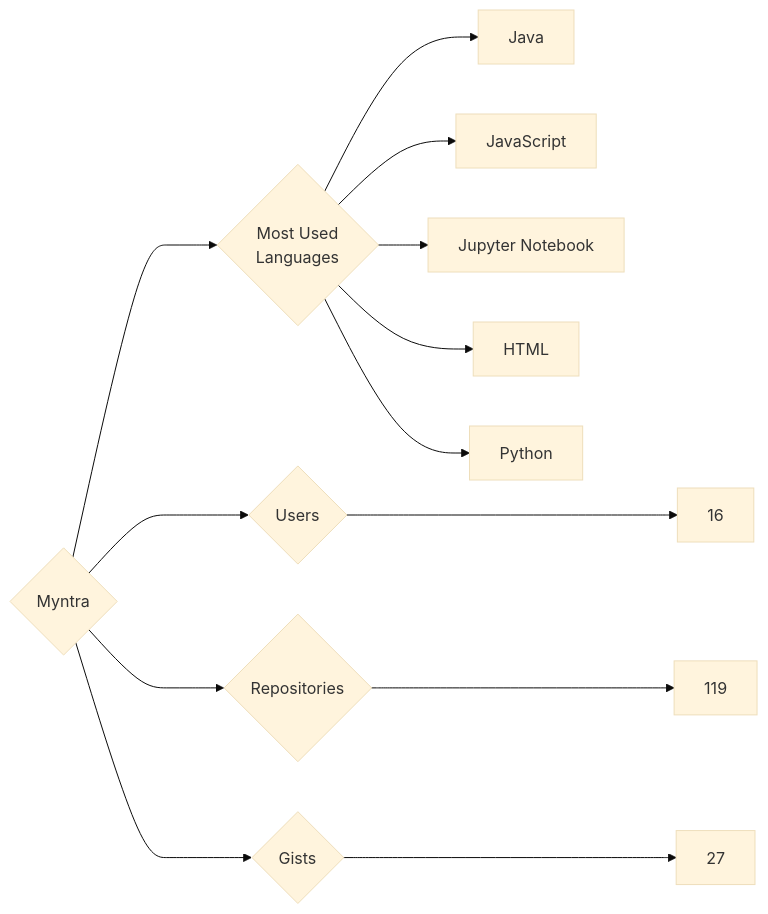
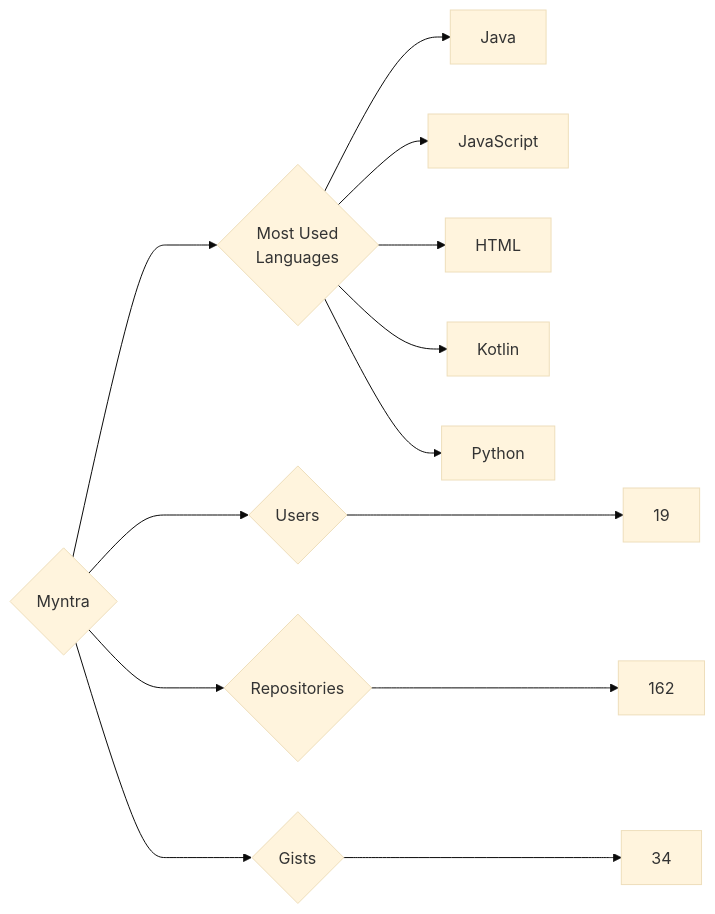
One commit to trickest/insiders changed the diagram in targets/Myntra/README.md. Above: the diagram before and after it, drawn with Mermaid (base theme). The commit also changed 1508 other files, not shown here.

````diff
--- a/targets/Myntra/README.md
+++ b/targets/Myntra/README.md
@@ -3,13 +3,13 @@
 ```mermaid
 graph LR
 COMPANY_NAME{Myntra}
-COMPANY_NAME ---> U{Users} ---> UN[16]
-COMPANY_NAME ---> R{Repositories} ---> RN[119]
-COMPANY_NAME ---> G{Gists} ---> GN[27]
+COMPANY_NAME ---> U{Users} ---> UN[19]
+COMPANY_NAME ---> R{Repositories} ---> RN[162]
+COMPANY_NAME ---> G{Gists} ---> GN[34]
 COMPANY_NAME ---> ML{Most Used<br>Languages}
 ML --> Java[Java]
 ML --> JavaScript[JavaScript]
-ML --> Jupyter_Notebook[Jupyter Notebook]
 ML --> HTML[HTML]
+ML --> Kotlin[Kotlin]
 ML --> Python[Python]
 ```
````
